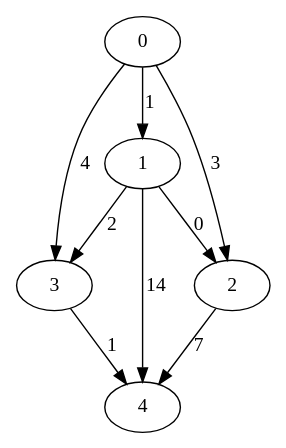
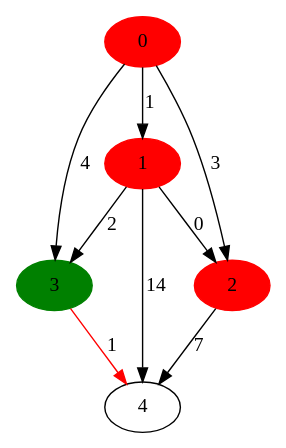
Before and after one commit to Les-Alchimistes-Labs/AlgorithmVisualizer: the diagram in algorithm_visualizer/src/save/tmp/dicgraph.dot, drawn with Graphviz. The commit also changed 15 other files, not shown here.

```diff
--- a/algorithm_visualizer/src/save/tmp/dicgraph.dot
+++ b/algorithm_visualizer/src/save/tmp/dicgraph.dot
@@ -1,15 +1,15 @@
 digraph dicgraph { // 5
 n0->n1 [label = 1] // 0 1 1
 n0->n2 [label = 3] // 0 2 3
 n0->n3 [label = 4] // 0 3 4
 n1->n2 [label = 0] // 1 2 0
 n1->n3 [label = 2] // 1 3 2
 n1->n4 [label = 14] // 1 4 14
 n2->n4 [label = 7] // 2 4 7
-n3->n4 [label = 1] // 3 4 1
-n0 [label="0"]
-n1 [label="1"]
-n2 [label="2"]
-n3 [label="3"]
+n3->n4 [label = 1 ,color = red] // 3 4 1
+n0 [label="0", style = filled , color = red ]
+n1 [label="1", style = filled , color = red ]
+n2 [label="2", style = filled , color = red ]
+n3 [label="3", style = filled , color = green ]
 n4 [label="4"]
 }
```
